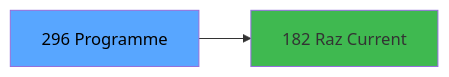
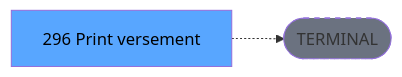
Before and after one commit to thonyAGP/lecteur-magic: the third of 3 diagrams in .openspec/renders/ADH-IDE-296.md, drawn with Mermaid. The commit also changed other lines of this file and 701 other files, not shown here.

````diff
--- a/.openspec/renders/ADH-IDE-296.md
+++ b/.openspec/renders/ADH-IDE-296.md
@@ -127,8 +135,8 @@
 ```mermaid
 graph LR
-    T[296 Programme]
-    C182[182 Raz Current ]
-    T --> C182
+    T[296 Print versement]
+    TERM([TERMINAL])
+    T -.-> TERM
+    style TERM fill:#6b7280,stroke-dasharray: 5 5
     style T fill:#58a6ff,color:#000
-    style C182 fill:#3fb950
 ```
````
